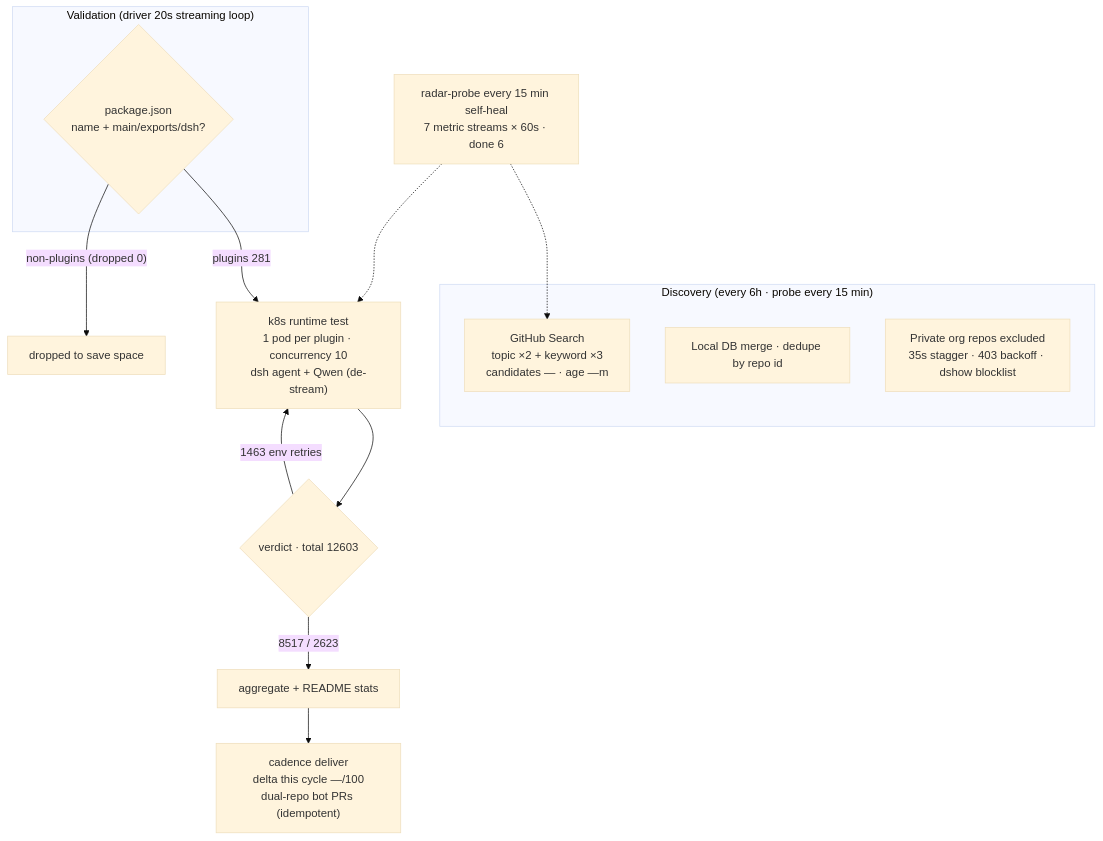
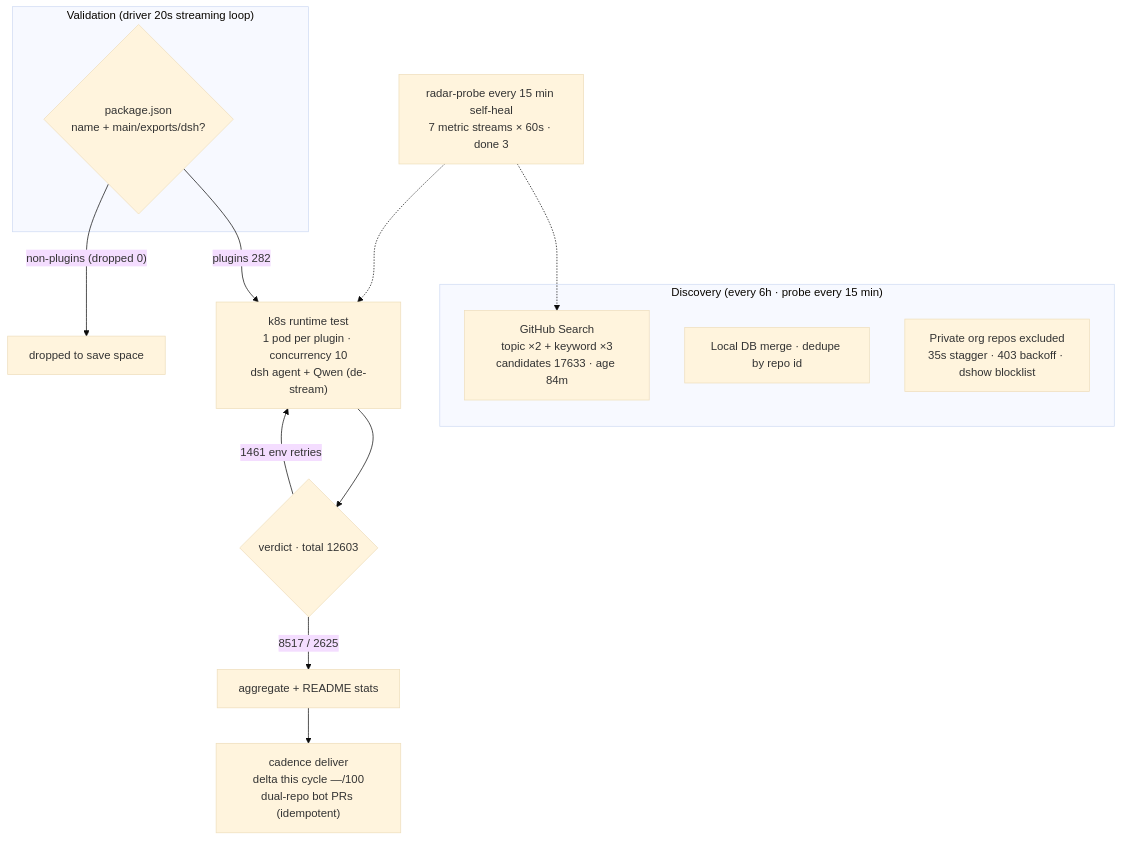
Before and after one commit to AdamPlatin123/awesome-dsh-plugins: the diagram in README.en-US.md, drawn with Mermaid (base theme). The commit also changed other lines of this file and 5 other files, not shown here.

````diff
--- a/README.en-US.md
+++ b/README.en-US.md
@@ -45,20 +45,20 @@
 ```mermaid
 flowchart TB
     subgraph Discovery["Discovery (every 6h · probe every 15 min)"]
-        A1["GitHub Search<br/>topic ×2 + keyword ×3<br/>candidates — · age —m"]
+        A1["GitHub Search<br/>topic ×2 + keyword ×3<br/>candidates 17633 · age 84m"]
         A2["Local DB merge · dedupe by repo id"]
         A3["Private org repos excluded<br/>35s stagger · 403 backoff · dshow blocklist"]
     end
     subgraph Validation["Validation (driver 20s streaming loop)"]
         B1{"package.json<br/>name + main/exports/dsh?"}
     end
-    B1 -->|"plugins 281"| C1["k8s runtime test<br/>1 pod per plugin · concurrency 10<br/>dsh agent + Qwen (de-stream)"]
+    B1 -->|"plugins 282"| C1["k8s runtime test<br/>1 pod per plugin · concurrency 10<br/>dsh agent + Qwen (de-stream)"]
     B1 -->|"non-plugins (dropped 0)"| B3["dropped to save space"]
     C1 --> D1{"verdict · total 12603"}
-    D1 -->|"8517 / 2623"| E1["aggregate + README stats"]
-    D1 -->|"1463 env retries"| C1
+    D1 -->|"8517 / 2625"| E1["aggregate + README stats"]
+    D1 -->|"1461 env retries"| C1
     E1 --> E2["cadence deliver<br/>delta this cycle —/100<br/>dual-repo bot PRs (idempotent)"]
-    M["radar-probe every 15 min self-heal<br/>7 metric streams × 60s · done 6"]
+    M["radar-probe every 15 min self-heal<br/>7 metric streams × 60s · done 3"]
     M -.-> A1
     M -.-> C1
 ```
````
